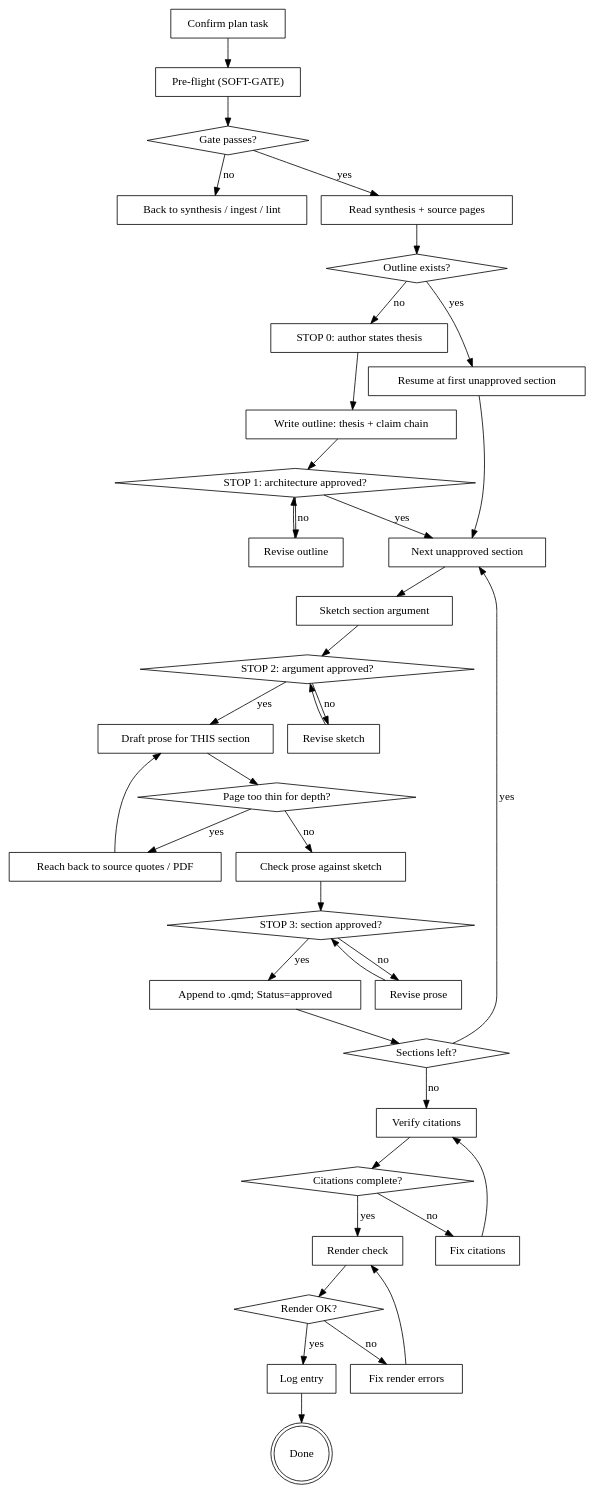
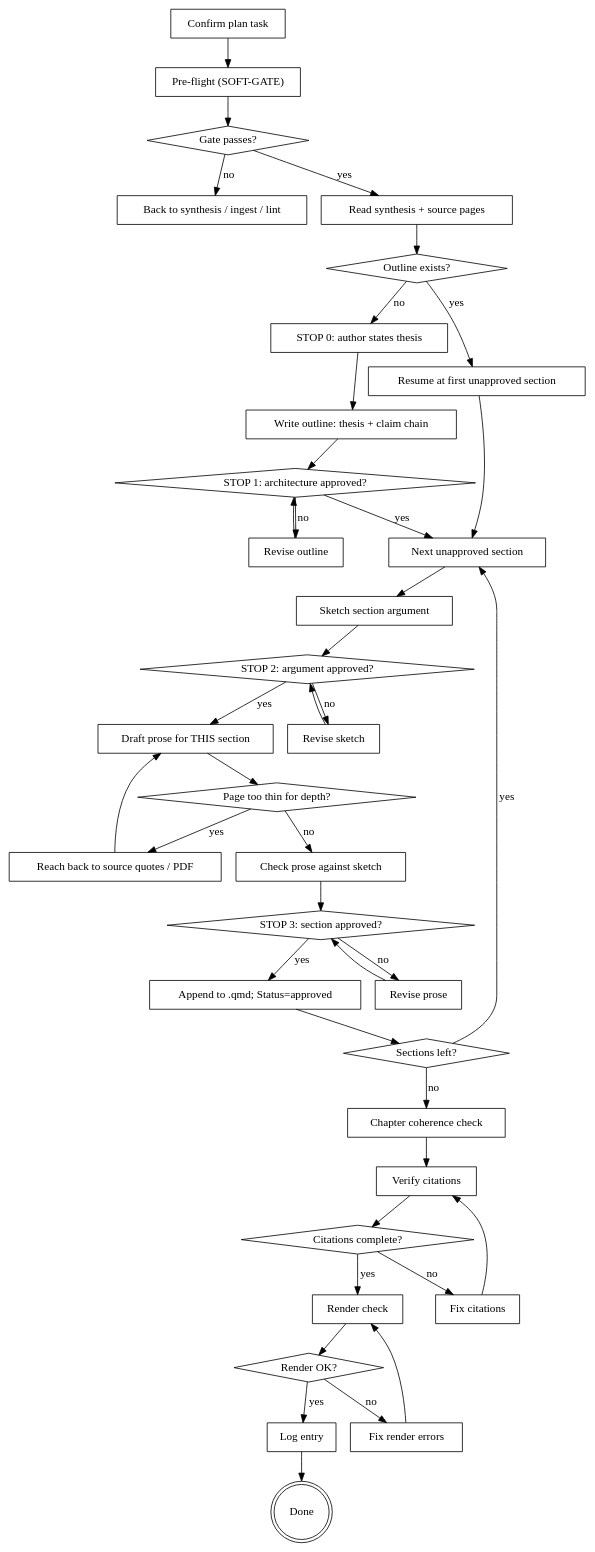
One commit to leiverkus/research-superpowers changed the diagram in skills/drafting-manuscript/SKILL.md. Above: the diagram before and after it, drawn with Graphviz. The commit also changed other lines of this file and 4 other files, not shown here.

First line of the commit message:
feat: reverse outline per section, chapter coherence check, precision rules (#132)

````diff
--- a/skills/drafting-manuscript/SKILL.md
+++ b/skills/drafting-manuscript/SKILL.md
@@ -170,79 +175,81 @@
 ```dot
 digraph drafting {
     "Confirm plan task" [shape=box];
     "Pre-flight (SOFT-GATE)" [shape=box];
     "Gate passes?" [shape=diamond];
     "Back to synthesis / ingest / lint" [shape=box];
     "Read synthesis + source pages" [shape=box];
     "Outline exists?" [shape=diamond];
     "STOP 0: author states thesis" [shape=box];
     "Write outline: thesis + claim chain" [shape=box];
     "Resume at first unapproved section" [shape=box];
     "STOP 1: architecture approved?" [shape=diamond];
     "Revise outline" [shape=box];
 
     "Next unapproved section" [shape=box];
     "Sketch section argument" [shape=box];
     "STOP 2: argument approved?" [shape=diamond];
     "Revise sketch" [shape=box];
     "Draft prose for THIS section" [shape=box];
     "Page too thin for depth?" [shape=diamond];
     "Reach back to source quotes / PDF" [shape=box];
     "Check prose against sketch" [shape=box];
     "STOP 3: section approved?" [shape=diamond];
     "Revise prose" [shape=box];
     "Append to .qmd; Status=approved" [shape=box];
     "Sections left?" [shape=diamond];
 
+    "Chapter coherence check" [shape=box];
     "Verify citations" [shape=box];
     "Citations complete?" [shape=diamond];
     "Fix citations" [shape=box];
     "Render check" [shape=box];
     "Render OK?" [shape=diamond];
     "Fix render errors" [shape=box];
     "Log entry" [shape=box];
     "Done" [shape=doublecircle];
 
     "Confirm plan task" -> "Pre-flight (SOFT-GATE)";
     "Pre-flight (SOFT-GATE)" -> "Gate passes?";
     "Gate passes?" -> "Back to synthesis / ingest / lint" [label="no"];
     "Gate passes?" -> "Read synthesis + source pages" [label="yes"];
     "Read synthesis + source pages" -> "Outline exists?";
     "Outline exists?" -> "Resume at first unapproved section" [label="yes"];
     "Outline exists?" -> "STOP 0: author states thesis" [label="no"];
     "STOP 0: author states thesis" -> "Write outline: thesis + claim chain";
     "Write outline: thesis + claim chain" -> "STOP 1: architecture approved?";
     "STOP 1: architecture approved?" -> "Revise outline" [label="no"];
     "Revise outline" -> "STOP 1: architecture approved?";
     "STOP 1: architecture approved?" -> "Next unapproved section" [label="yes"];
     "Resume at first unapproved section" -> "Next unapproved section";
 
     "Next unapproved section" -> "Sketch section argument";
     "Sketch section argument" -> "STOP 2: argument approved?";
     "STOP 2: argument approved?" -> "Revise sketch" [label="no"];
     "Revise sketch" -> "STOP 2: argument approved?";
     "STOP 2: argument approved?" -> "Draft prose for THIS section" [label="yes"];
 
     "Draft prose for THIS section" -> "Page too thin for depth?";
     "Page too thin for depth?" -> "Reach back to source quotes / PDF" [label="yes"];
     "Reach back to source quotes / PDF" -> "Draft prose for THIS section";
     "Page too thin for depth?" -> "Check prose against sketch" [label="no"];
     "Check prose against sketch" -> "STOP 3: section approved?";
     "STOP 3: section approved?" -> "Revise prose" [label="no"];
     "Revise prose" -> "STOP 3: section approved?";
     "STOP 3: section approved?" -> "Append to .qmd; Status=approved" [label="yes"];
     "Append to .qmd; Status=approved" -> "Sections left?";
     "Sections left?" -> "Next unapproved section" [label="yes"];
-    "Sections left?" -> "Verify citations" [label="no"];
+    "Sections left?" -> "Chapter coherence check" [label="no"];
+    "Chapter coherence check" -> "Verify citations";
 
     "Verify citations" -> "Citations complete?";
     "Citations complete?" -> "Fix citations" [label="no"];
     "Fix citations" -> "Verify citations";
     "Citations complete?" -> "Render check" [label="yes"];
     "Render check" -> "Render OK?";
     "Render OK?" -> "Fix render errors" [label="no"];
     "Fix render errors" -> "Render check";
     "Render OK?" -> "Log entry" [label="yes"];
     "Log entry" -> "Done";
 }
 ```
````
